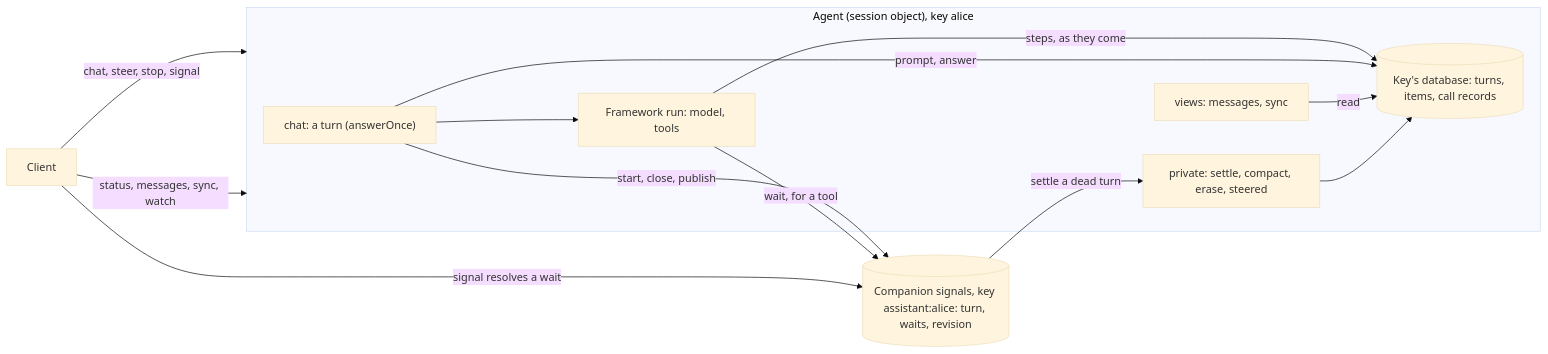
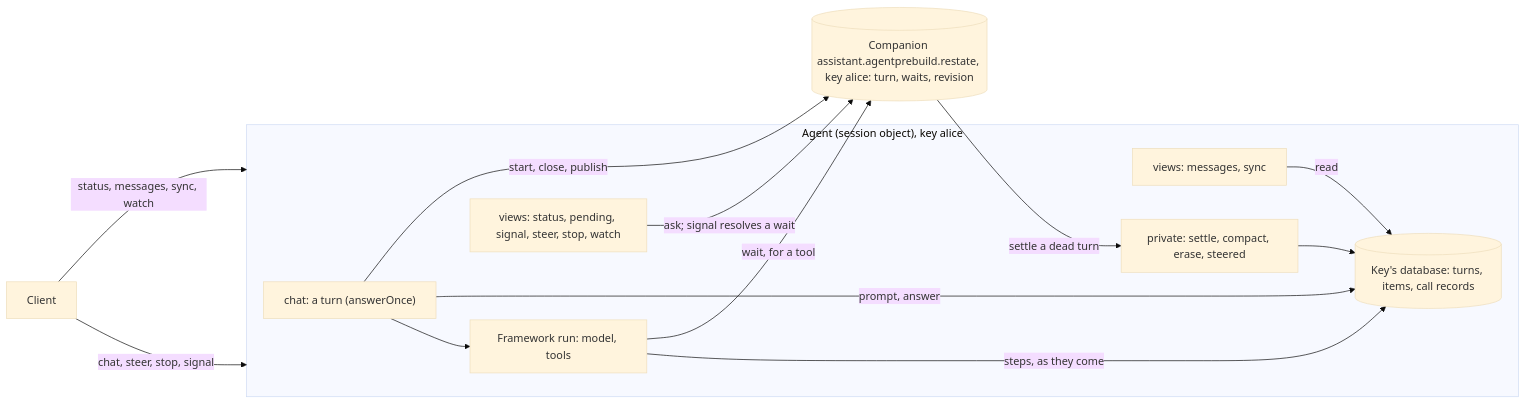
Before and after one commit to restatedev/sdk-sessions: the diagram in packages/agents/docs/README.md, drawn with Mermaid (base theme). The commit also changed other lines of this file and 33 other files, not shown here.

First line of the commit message:
Agents: each agent brings its own companion, `<agent>.agentprebuild.restate`

````diff
--- a/packages/agents/docs/README.md
+++ b/packages/agents/docs/README.md
@@ -54,17 +56,18 @@
 ```mermaid
 flowchart LR
   C[Client] -- "chat, steer, stop, signal" --> A
   C -- "status, messages, sync, watch" --> A
   subgraph A["Agent (session object), key alice"]
     H["chat: a turn (answerOnce)"] --> F["Framework run: model, tools"]
     F -- "steps, as they come" --> T
     H -- "prompt, answer" --> T
     T[("Key's database: turns, items, call records")]
     V["views: messages, sync"] -- read --> T
     X["private: settle, compact, erase, steered"] --> T
+    V2["views: status, pending, signal, steer, stop, watch"]
   end
-  H -- "start, close, publish" --> S[("Companion signals, key assistant:alice: turn, waits, revision")]
+  H -- "start, close, publish" --> S[("Companion assistant.agentprebuild.restate, key alice: turn, waits, revision")]
   F -- "wait, for a tool" --> S
-  C -- "signal resolves a wait" --> S
+  V2 -- "ask; signal resolves a wait" --> S
   S -- "settle a dead turn" --> X
 ```
````
